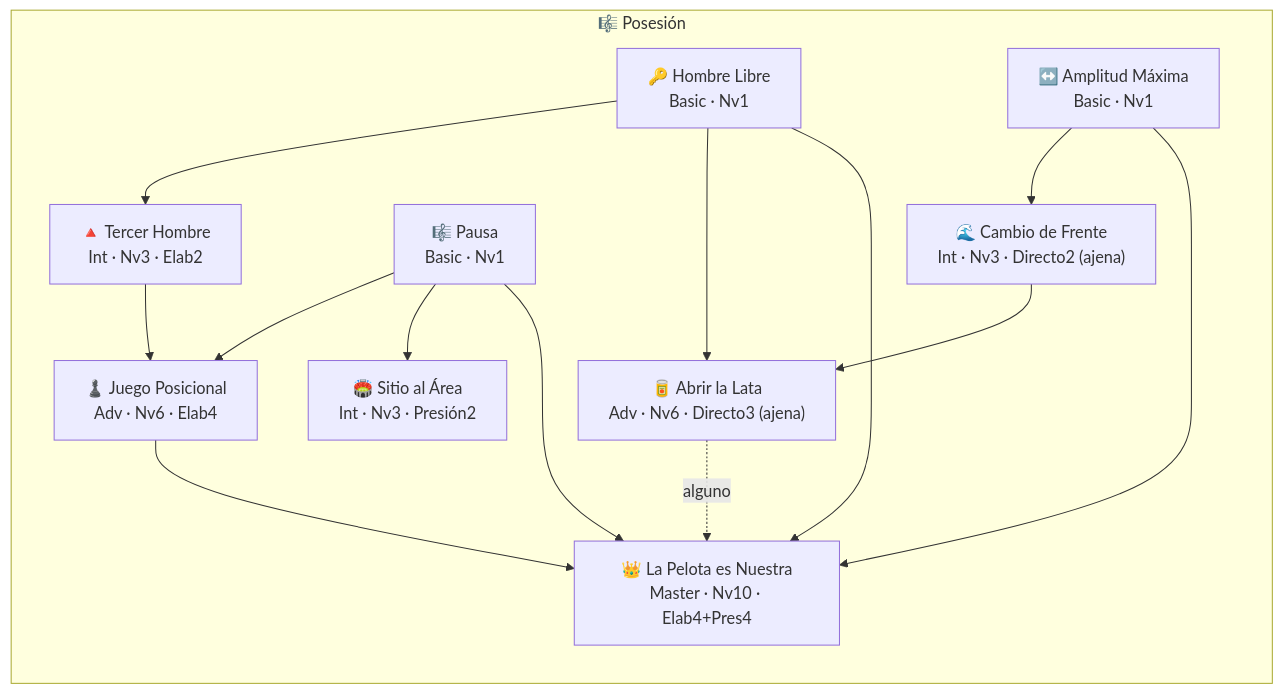
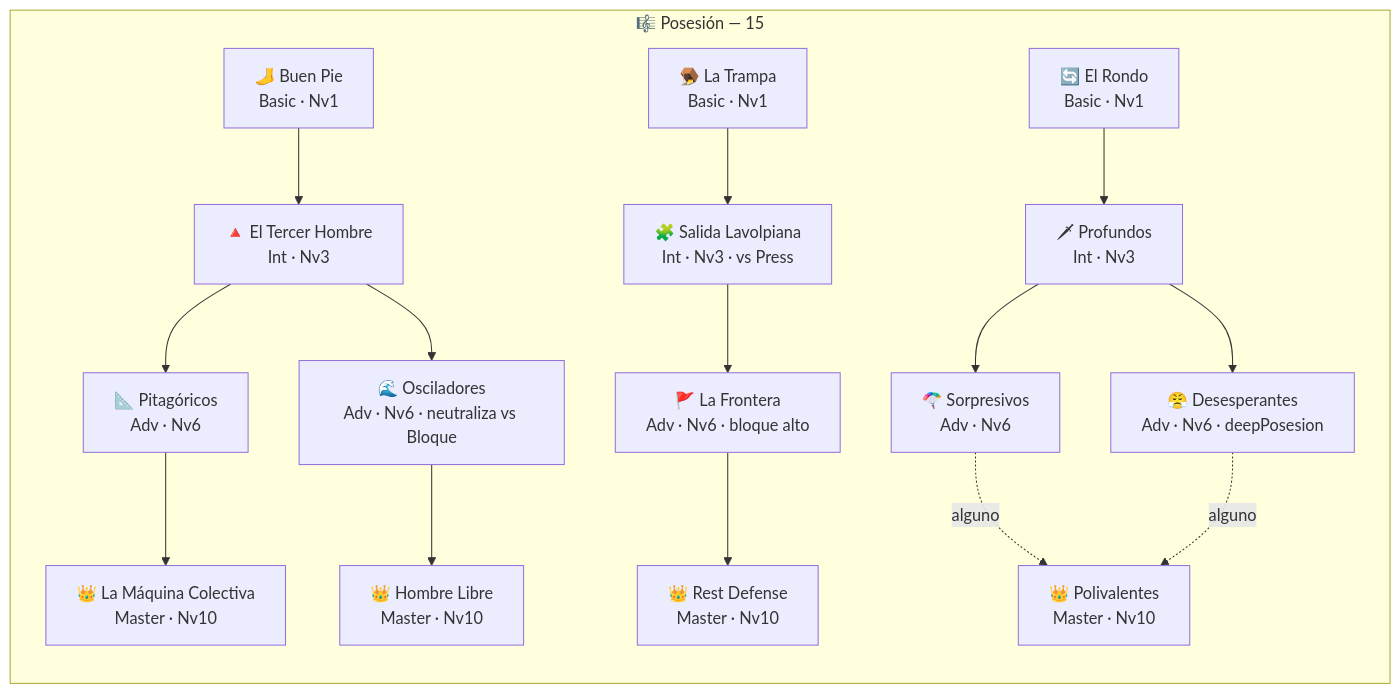
Before and after one commit to zeva04/wc-primelike: the second of 4 diagrams in docs/RASGOS-catalogo.md, drawn with Mermaid. The commit also changed other lines of this file and 14 other files, not shown here.

````diff
--- a/docs/RASGOS-catalogo.md
+++ b/docs/RASGOS-catalogo.md
@@ -184,25 +239,32 @@
 ```mermaid
 flowchart TD
-  subgraph POS["🎼 Posesión"]
+  subgraph POS["🎼 Posesión — 15"]
     direction TB
-    O1["🔑 Hombre Libre\nBasic · Nv1"]
-    O2["↔️ Amplitud Máxima\nBasic · Nv1"]
-    O3["🎼 Pausa\nBasic · Nv1"]
-    O4["🔺 Tercer Hombre\nInt · Nv3 · Elab2"]
-    O5["🌊 Cambio de Frente\nInt · Nv3 · Directo2 (ajena)"]
-    O6["🏟️ Sitio al Área\nInt · Nv3 · Presión2"]
-    O7["♟️ Juego Posicional\nAdv · Nv6 · Elab4"]
-    O8["🥫 Abrir la Lata\nAdv · Nv6 · Directo3 (ajena)"]
-    O9["👑 La Pelota es Nuestra\nMaster · Nv10 · Elab4+Pres4"]
-    O1 --> O4 --> O7
-    O3 --> O7
-    O2 --> O5 --> O8
-    O1 --> O8
-    O3 --> O6
-    O7 --> O9
-    O8 -.->|"alguno"| O9
-    O1 --> O9
-    O2 --> O9
-    O3 --> O9
+    O1["🦶 Buen Pie\nBasic · Nv1"]
+    O2["🔺 El Tercer Hombre\nInt · Nv3"]
+    O3["📐 Pitagóricos\nAdv · Nv6"]
+    O4["🌊 Osciladores\nAdv · Nv6 · neutraliza vs Bloque"]
+    O5["👑 La Máquina Colectiva\nMaster · Nv10"]
+    O6["👑 Hombre Libre\nMaster · Nv10"]
+    O7["🪤 La Trampa\nBasic · Nv1"]
+    O8["🧩 Salida Lavolpiana\nInt · Nv3 · vs Press"]
+    O9["🚩 La Frontera\nAdv · Nv6 · bloque alto"]
+    O10["👑 Rest Defense\nMaster · Nv10"]
+    O11["🔄 El Rondo\nBasic · Nv1"]
+    O12["🗡 Profundos\nInt · Nv3"]
+    O13["🪂 Sorpresivos\nAdv · Nv6"]
+    O14["😤 Desesperantes\nAdv · Nv6 · deepPosesion"]
+    O15["👑 Polivalentes\nMaster · Nv10"]
+    O1 --> O2
+    O2 --> O3
+    O2 --> O4
+    O3 --> O5
+    O4 --> O6
+    O7 --> O8 --> O9 --> O10
+    O11 --> O12
+    O12 --> O13
+    O12 --> O14
+    O13 -.->|"alguno"| O15
+    O14 -.->|"alguno"| O15
   end
 ```
````
